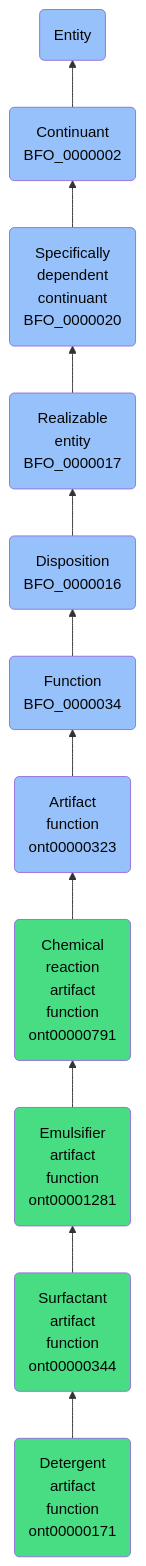
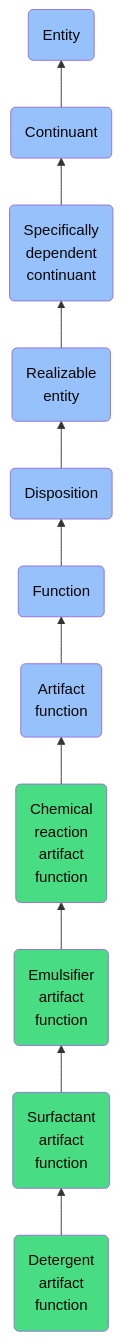
One commit to jupyter-naas/abi changed the diagram in docs/ontology/reference/model/Entity/Continuant/Specifically dependent continuant/Realizable entity/Disposition/Function/Artifact function/Chemical reaction artifact function/Emulsifier artifact function/Surfactant artifact function/Detergent artifact function/Detergent artifact function.md. Above: the diagram before and after it, drawn with Mermaid. The commit also changed other lines of this file and 1430 other files, not shown here.

````diff
--- a/docs/ontology/reference/model/Entity/Continuant/Specifically dependent continuant/Realizable entity/Disposition/Function/Artifact function/Chemical reaction artifact function/Emulsifier artifact function/Surfactant artifact function/Detergent artifact function/Detergent artifact function.md
+++ b/docs/ontology/reference/model/Entity/Continuant/Specifically dependent continuant/Realizable entity/Disposition/Function/Artifact function/Chemical reaction artifact function/Emulsifier artifact function/Surfactant artifact function/Detergent artifact function/Detergent artifact function.md
@@ -24,18 +24,18 @@
 ```mermaid
 graph BT
-    ont00000171(Detergent<br>artifact<br>function<br>ont00000171):::ABI-->ont00000344
-    ont00000344(Surfactant<br>artifact<br>function<br>ont00000344):::ABI-->ont00001281
-    ont00001281(Emulsifier<br>artifact<br>function<br>ont00001281):::ABI-->ont00000791
-    ont00000791(Chemical<br>reaction<br>artifact<br>function<br>ont00000791):::ABI-->ont00000323
-    ont00000323(Artifact<br>function<br>ont00000323):::BFO-->BFO_0000034
-    BFO_0000034(Function<br>BFO_0000034):::BFO-->BFO_0000016
-    BFO_0000016(Disposition<br>BFO_0000016):::BFO-->BFO_0000017
-    BFO_0000017(Realizable<br>entity<br>BFO_0000017):::BFO-->BFO_0000020
-    BFO_0000020(Specifically<br>dependent<br>continuant<br>BFO_0000020):::BFO-->BFO_0000002
-    BFO_0000002(Continuant<br>BFO_0000002):::BFO-->BFO_0000001
+    ont00000171(Detergent<br>artifact<br>function):::ABI-->ont00000344
+    ont00000344(Surfactant<br>artifact<br>function):::ABI-->ont00001281
+    ont00001281(Emulsifier<br>artifact<br>function):::ABI-->ont00000791
+    ont00000791(Chemical<br>reaction<br>artifact<br>function):::ABI-->ont00000323
+    ont00000323(Artifact<br>function):::BFO-->BFO_0000034
+    BFO_0000034(Function):::BFO-->BFO_0000016
+    BFO_0000016(Disposition):::BFO-->BFO_0000017
+    BFO_0000017(Realizable<br>entity):::BFO-->BFO_0000020
+    BFO_0000020(Specifically<br>dependent<br>continuant):::BFO-->BFO_0000002
+    BFO_0000002(Continuant):::BFO-->BFO_0000001
     BFO_0000001(Entity):::BFO
     
     classDef BFO fill:#97c1fb,color:#060606
     classDef CCO fill:#e4c51e,color:#060606
     classDef ABI fill:#48DD82,color:#060606
 ```
````
